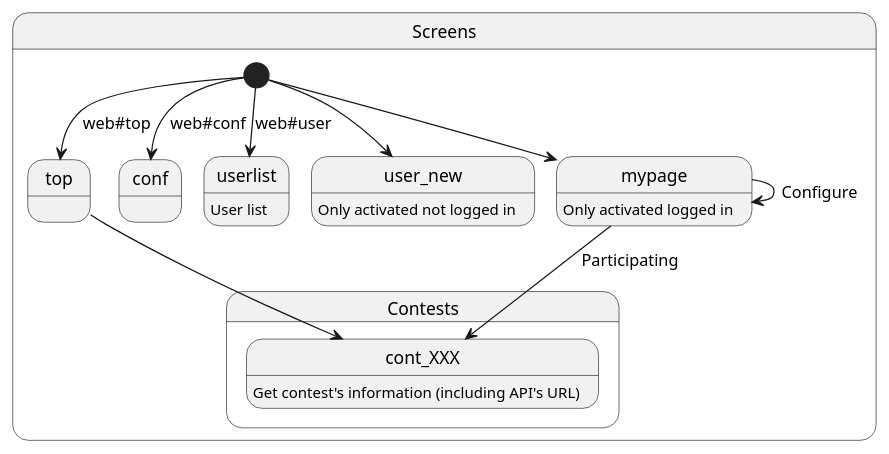
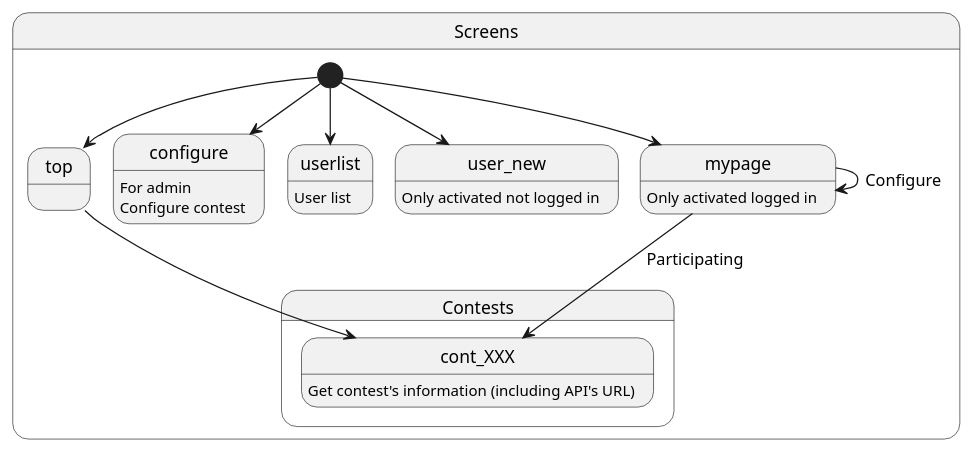
The diagram in doc/uml/screens.pu (seser1/apiCont), drawn with PlantUML before and after one commit. The commit also changed 4 other files, not shown here.

Commit message:
Created ER diagram (table)

```diff
--- a/doc/uml/screens.pu
+++ b/doc/uml/screens.pu
@@ -1,24 +1,26 @@
 @startuml screens
 state Screens{
-  [*] --> top: web#top
-  [*] --> conf: web#conf
-  [*] --> userlist: web#user
+  [*] --> top
+  [*] --> configure
+  [*] --> userlist
   [*] --> user_new
   [*] --> mypage
 
   state Contests{
     cont_XXX: Get contest's information (including API's URL)
   }
 
   top --> cont_XXX
+
+  configure: For admin\nConfigure contest
 
   userlist: User list
 
   user_new: Only activated not logged in
 
   mypage --> mypage: Configure
   mypage --> cont_XXX: Participating
   mypage: Only activated logged in
 }
 
 @enduml
```
